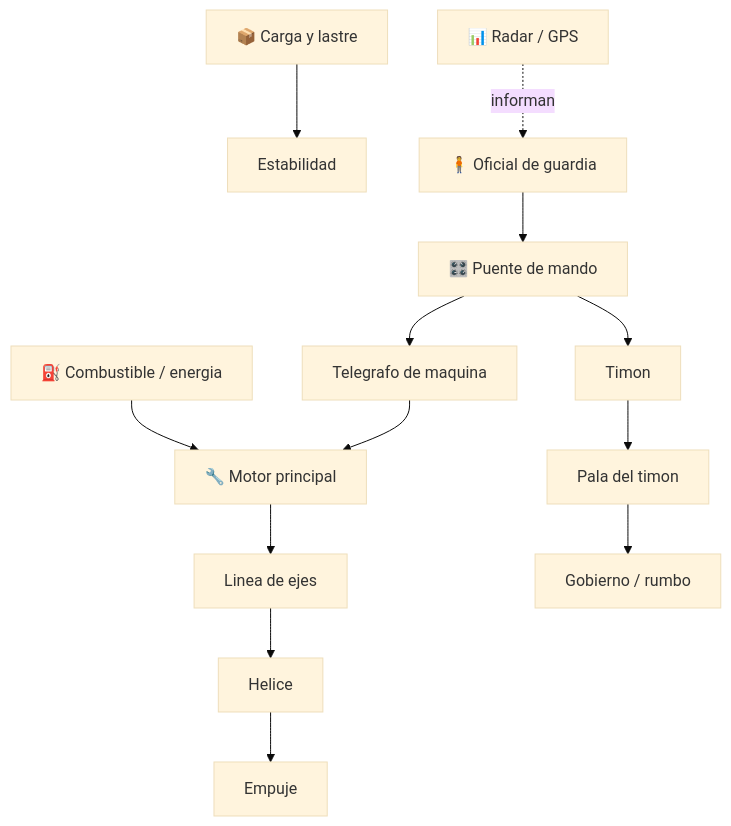
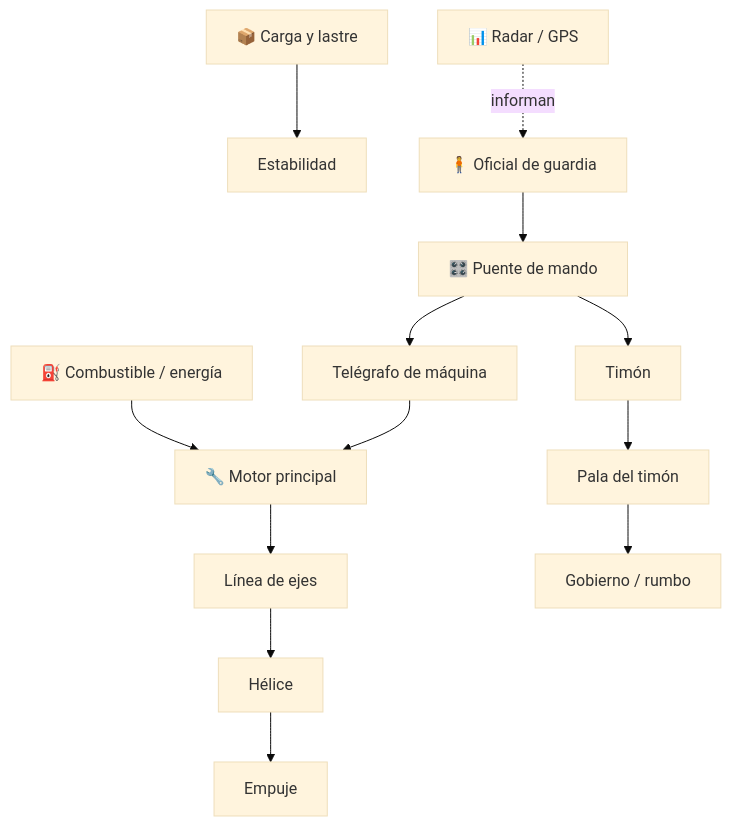
The diagram in vehiculos/barcos-mercantes/README.md (vladimiracunadev-create/machine-operator-program), drawn with Mermaid (base theme) before and after one commit. The commit also changed other lines of this file and 442 other files, not shown here.

````diff
--- a/vehiculos/barcos-mercantes/README.md
+++ b/vehiculos/barcos-mercantes/README.md
@@ -31,15 +31,15 @@
 ```mermaid
 flowchart TD
-    Combustible[⛽ Combustible / energia] --> Motor[🔧 Motor principal]
-    Motor --> Eje[Linea de ejes]
-    Eje --> Helice[Helice]
+    Combustible[⛽ Combustible / energía] --> Motor[🔧 Motor principal]
+    Motor --> Eje[Línea de ejes]
+    Eje --> Helice[Hélice]
     Helice --> Empuje[Empuje]
-    Puente[🎛️ Puente de mando] --> Telegrafo[Telegrafo de maquina]
+    Puente[🎛️ Puente de mando] --> Telegrafo[Telégrafo de máquina]
     Telegrafo --> Motor
-    Puente --> Timon[Timon]
-    Timon --> Pala[Pala del timon]
+    Puente --> Timon[Timón]
+    Timon --> Pala[Pala del timón]
     Pala --> Gobierno[Gobierno / rumbo]
     Carga[📦 Carga y lastre] --> Estabilidad[Estabilidad]
     Instrumentos[📊 Radar / GPS] -. informan .-> Oficial[🧍 Oficial de guardia]
     Oficial --> Puente
 ```
````
